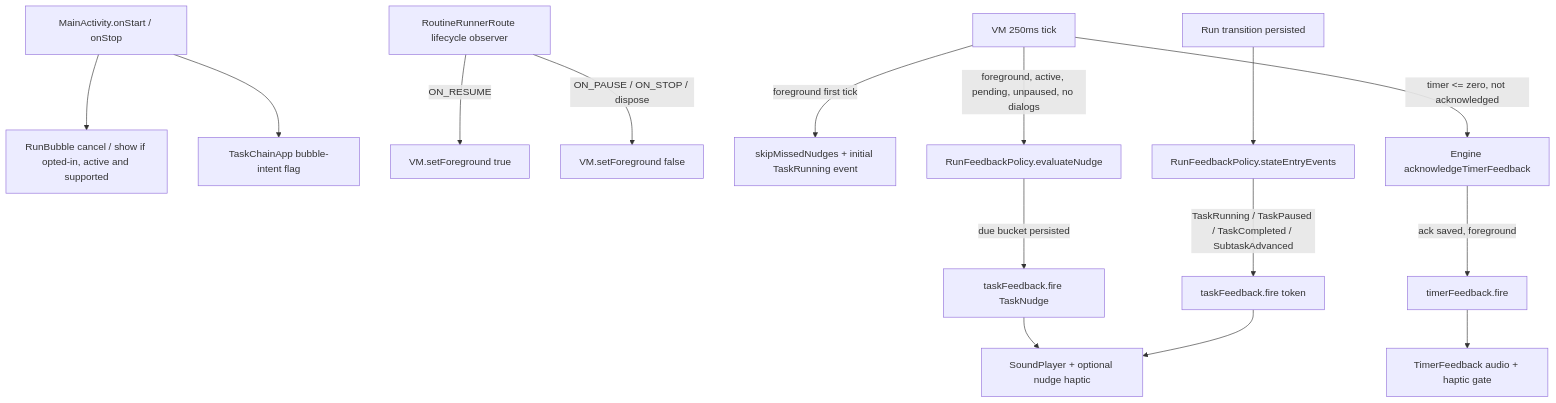
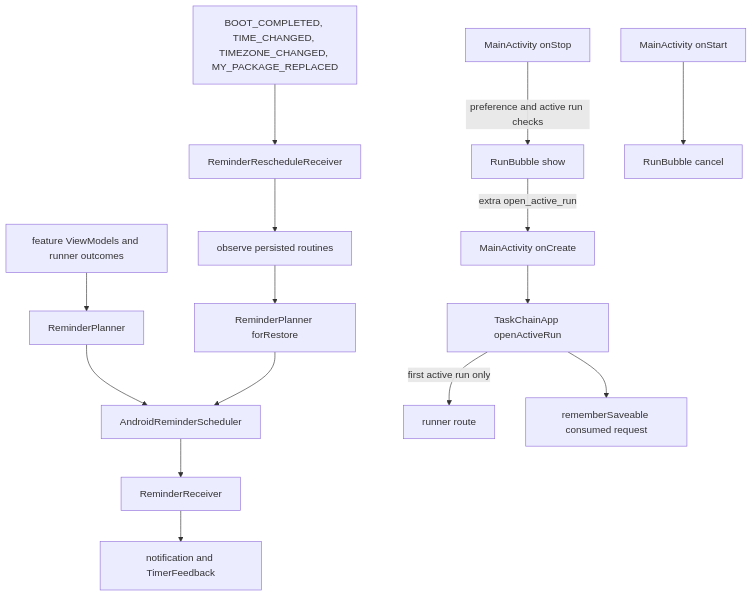
The sixth of 6 diagrams in docs/ui/TaskChain-UI-Wiring-refactor-feature-integration.md (matthewdmanning/TaskChain), drawn with Mermaid before and after one commit. The commit also changed other lines of this file, not shown here.

First line of the commit message:
docs(ui): refresh feature integration wiring diagram

````diff
--- a/docs/ui/TaskChain-UI-Wiring-refactor-feature-integration.md
+++ b/docs/ui/TaskChain-UI-Wiring-refactor-feature-integration.md
@@ -108,17 +219,17 @@
 ```mermaid
 flowchart TD
-  L[MainActivity.onStart / onStop] --> BUBBLE[RunBubble cancel / show if opted-in, active and supported]
-  L --> ROOT[TaskChainApp bubble-intent flag]
-  LC[RoutineRunnerRoute lifecycle observer] -->|ON_RESUME| F[VM.setForeground true]
-  LC -->|ON_PAUSE / ON_STOP / dispose| NF[VM.setForeground false]
-  TICK[VM 250ms tick] -->|foreground first tick| SYNC[skipMissedNudges + initial TaskRunning event]
-  TICK -->|foreground, active, pending, unpaused, no dialogs| NUDGE[RunFeedbackPolicy.evaluateNudge]
-  NUDGE -->|due bucket persisted| TF[taskFeedback.fire TaskNudge]
-  TICK -->|timer <= zero, not acknowledged| ZERO[Engine acknowledgeTimerFeedback]
-  ZERO -->|ack saved, foreground| ZF[timerFeedback.fire]
-  TR[Run transition persisted] --> POLICY[RunFeedbackPolicy.stateEntryEvents]
-  POLICY -->|TaskRunning / TaskPaused / TaskCompleted / SubtaskAdvanced| TF2[taskFeedback.fire token]
-  TF --> AUDIO[SoundPlayer + optional nudge haptic]
-  TF2 --> AUDIO
-  ZF --> BEEP[TimerFeedback audio + haptic gate]
+    VM[feature ViewModels and runner outcomes] --> PLAN[ReminderPlanner]
+    PLAN --> SCHED[AndroidReminderScheduler]
+    SCHED --> ALARM[ReminderReceiver]
+    ALARM --> NOTIFY[notification and TimerFeedback]
+    EVENT[BOOT_COMPLETED, TIME_CHANGED, TIMEZONE_CHANGED, MY_PACKAGE_REPLACED] --> RESTORE[ReminderRescheduleReceiver]
+    RESTORE --> ROUTINES[observe persisted routines]
+    ROUTINES --> RESTOREPLAN[ReminderPlanner forRestore]
+    RESTOREPLAN --> SCHED
+    STOP[MainActivity onStop] -->|preference and active run checks| BUBBLE[RunBubble show]
+    BUBBLE -->|extra open_active_run| ACTIVITY[MainActivity onCreate]
+    ACTIVITY --> APP[TaskChainApp openActiveRun]
+    APP -->|first active run only| RUNNER[runner route]
+    APP --> CONSUMED[rememberSaveable consumed request]
+    START[MainActivity onStart] --> CANCEL[RunBubble cancel]
 ```
````
